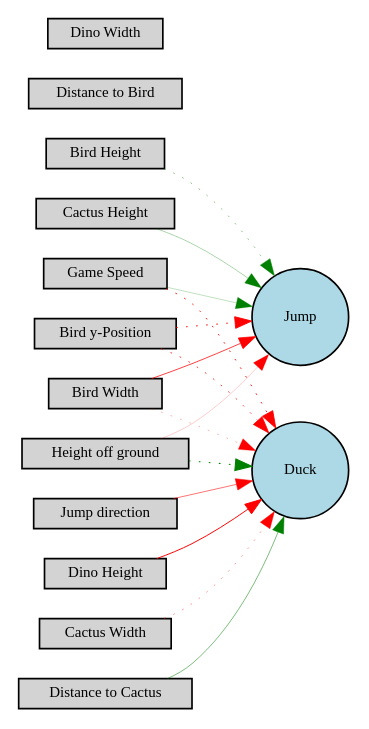
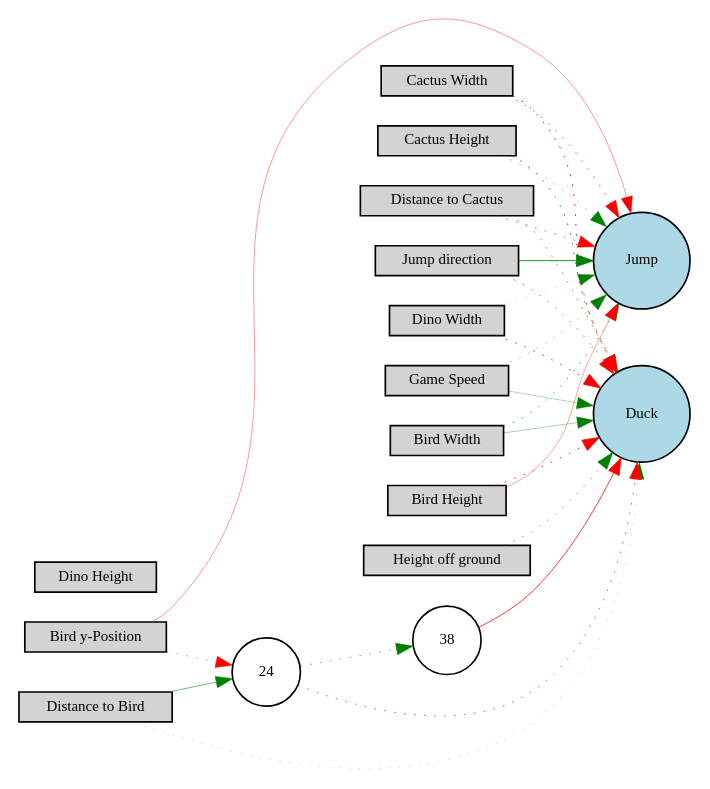
The diagram in Digraph.gv (S-Ou/Dino-Networking), drawn with Graphviz before and after one commit. The commit also changed 45 other files, not shown here.

```diff
--- a/Digraph.gv
+++ b/Digraph.gv
@@ -1,32 +1,44 @@
 digraph {
 	node [fontsize=9 height=0.2 shape=circle width=0.2]
 	rankdir=LR
 	"Game Speed" [fillcolor=lightgray shape=box style=filled]
 	"Bird y-Position" [fillcolor=lightgray shape=box style=filled]
 	"Bird Width" [fillcolor=lightgray shape=box style=filled]
 	"Bird Height" [fillcolor=lightgray shape=box style=filled]
 	"Cactus Width" [fillcolor=lightgray shape=box style=filled]
 	"Cactus Height" [fillcolor=lightgray shape=box style=filled]
 	"Distance to Bird" [fillcolor=lightgray shape=box style=filled]
 	"Distance to Cactus" [fillcolor=lightgray shape=box style=filled]
 	"Jump direction" [fillcolor=lightgray shape=box style=filled]
 	"Height off ground" [fillcolor=lightgray shape=box style=filled]
 	"Dino Width" [fillcolor=lightgray shape=box style=filled]
 	"Dino Height" [fillcolor=lightgray shape=box style=filled]
 	Jump [fillcolor=lightblue style=filled]
 	Duck [fillcolor=lightblue style=filled]
-	"Cactus Height" -> Jump [color=green penwidth=0.198768821085358 style=solid]
-	"Bird y-Position" -> Jump [color=red penwidth=0.5475147538299752 style=dotted]
-	"Height off ground" -> Duck [color=green penwidth=0.6215381588942042 style=dotted]
-	"Height off ground" -> Jump [color=red penwidth=0.11742721572131616 style=solid]
-	"Jump direction" -> Duck [color=red penwidth=0.32754976863477664 style=solid]
-	"Dino Height" -> Duck [color=red penwidth=0.5924353788398461 style=solid]
-	"Bird y-Position" -> Duck [color=red penwidth=0.4786510706126923 style=dotted]
-	"Game Speed" -> Duck [color=red penwidth=0.5515827141654512 style=dotted]
-	"Cactus Width" -> Duck [color=red penwidth=0.25837063885022266 style=dotted]
-	"Bird Height" -> Jump [color=green penwidth=0.29256195359542003 style=dotted]
-	"Bird Width" -> Jump [color=red penwidth=0.4468255014556748 style=solid]
-	"Bird Width" -> Duck [color=red penwidth=0.18910599253499955 style=dotted]
-	"Game Speed" -> Jump [color=green penwidth=0.15084954416673502 style=solid]
-	"Distance to Cactus" -> Duck [color=green penwidth=0.30974100402391413 style=solid]
+	24 [fillcolor=white style=filled]
+	38 [fillcolor=white style=filled]
+	"Distance to Cactus" -> Jump [color=red penwidth=0.3806880853591783 style=dotted]
+	"Jump direction" -> Jump [color=green penwidth=0.5246555907962431 style=solid]
+	"Bird Height" -> Duck [color=red penwidth=0.5084087132590989 style=dotted]
+	"Cactus Width" -> Duck [color=red penwidth=0.5808420852079819 style=dotted]
+	"Cactus Height" -> Jump [color=green penwidth=0.26589872779660223 style=dotted]
+	"Game Speed" -> Jump [color=green penwidth=0.218770656081267 style=dotted]
+	"Jump direction" -> Duck [color=red penwidth=0.40496098231018585 style=dotted]
+	"Height off ground" -> Duck [color=green penwidth=0.3651083426205973 style=dotted]
+	"Game Speed" -> Duck [color=green penwidth=0.18884140275069933 style=solid]
+	"Distance to Cactus" -> Duck [color=red penwidth=0.40278030401814624 style=dotted]
+	"Bird y-Position" -> Jump [color=red penwidth=0.25241699440729365 style=solid]
+	"Cactus Width" -> Jump [color=red penwidth=0.41875343104200746 style=dotted]
+	"Dino Width" -> Jump [color=green penwidth=0.11019978022364317 style=dotted]
+	"Bird Height" -> Jump [color=red penwidth=0.21974523361527248 style=solid]
+	"Distance to Bird" -> Duck [color=green penwidth=0.13413983592249945 style=dotted]
+	"Bird Width" -> Duck [color=green penwidth=0.20718029617981132 style=solid]
+	"Cactus Height" -> Duck [color=green penwidth=0.5264582851801471 style=dotted]
+	"Dino Width" -> Duck [color=red penwidth=0.5138559669323477 style=dotted]
+	"Bird Width" -> Jump [color=green penwidth=0.41611459058213707 style=dotted]
+	"Distance to Bird" -> 24 [color=green penwidth=0.3268359564005504 style=solid]
+	24 -> Duck [color=red penwidth=0.3966686600500531 style=dotted]
+	24 -> 38 [color=green penwidth=0.32590935084936445 style=dotted]
+	38 -> Duck [color=red penwidth=0.4677613987167618 style=solid]
+	"Bird y-Position" -> 24 [color=red penwidth=0.26967226400858113 style=dotted]
 }
```
